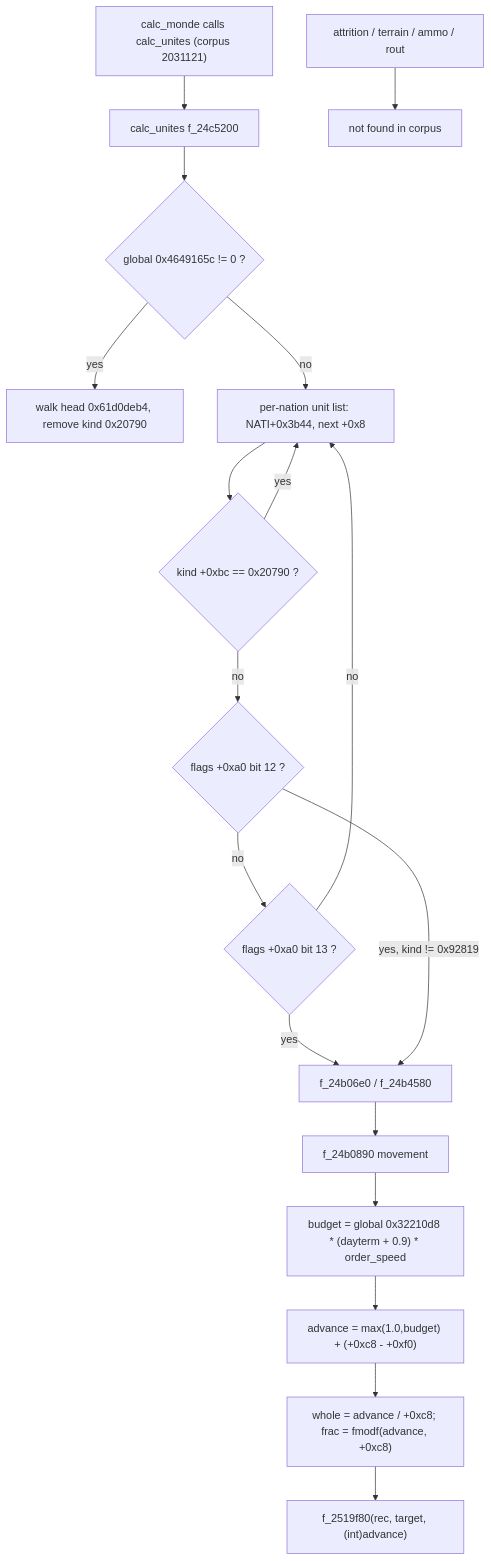
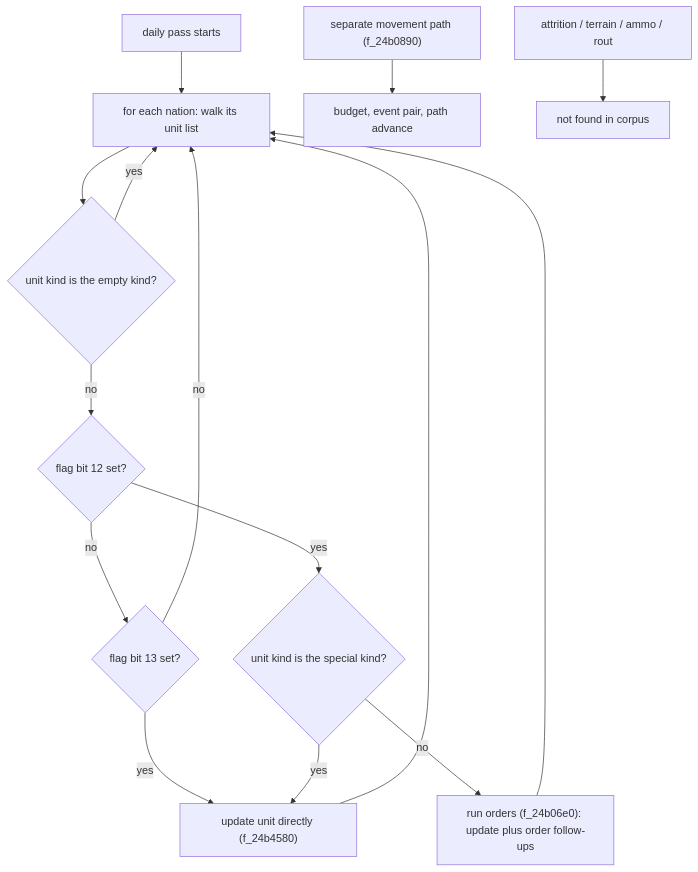
One commit to CthulhuOnIce/GPS-Docs changed the fourth of 5 diagrams in 03_MILITARY.md. Above: the diagram before and after it, drawn with Mermaid. The commit also changed other lines of this file and 5 other files, not shown here.

````diff
--- a/03_MILITARY.md
+++ b/03_MILITARY.md
@@ -393,20 +274,17 @@
 ```mermaid
 flowchart TD
-    A["calc_monde calls calc_unites (corpus 2031121)"] --> B["calc_unites f_24c5200"]
-    B --> C{"global 0x4649165c != 0 ?"}
-    C -->|yes| D["walk head 0x61d0deb4, remove kind 0x20790"]
-    C -->|no| E["per-nation unit list: NATI+0x3b44, next +0x8"]
-    E --> F{"kind +0xbc == 0x20790 ?"}
-    F -->|yes| E
-    F -->|no| G{"flags +0xa0 bit 12 ?"}
-    G -->|no| H{"flags +0xa0 bit 13 ?"}
-    H -->|no| E
-    H -->|yes| I["f_24b06e0 / f_24b4580"]
-    G -->|yes, kind != 0x92819| I
-    I --> J["f_24b0890 movement"]
-    J --> K["budget = global 0x32210d8 * (dayterm + 0.9) * order_speed"]
-    K --> L["advance = max(1.0,budget) + (+0xc8 - +0xf0)"]
-    L --> M["whole = advance / +0xc8; frac = fmodf(advance, +0xc8)"]
-    M --> N["f_2519f80(rec, target, (int)advance)"]
-    O["attrition / terrain / ammo / rout"] --> P["not found in corpus"]
+    A["daily pass starts"] --> B["for each nation: walk its unit list"]
+    B --> C{"unit kind is the empty kind?"}
+    C -->|yes| B
+    C -->|no| D{"flag bit 12 set?"}
+    D -->|no| E{"flag bit 13 set?"}
+    E -->|no| B
+    E -->|yes| F["update unit directly (f_24b4580)"]
+    D -->|yes| G{"unit kind is the special kind?"}
+    G -->|yes| F
+    G -->|no| H["run orders (f_24b06e0): update plus order follow-ups"]
+    F --> B
+    H --> B
+    I["separate movement path (f_24b0890)"] --> J["budget, event pair, path advance"]
+    K["attrition / terrain / ammo / rout"] --> L["not found in corpus"]
 ```
````
